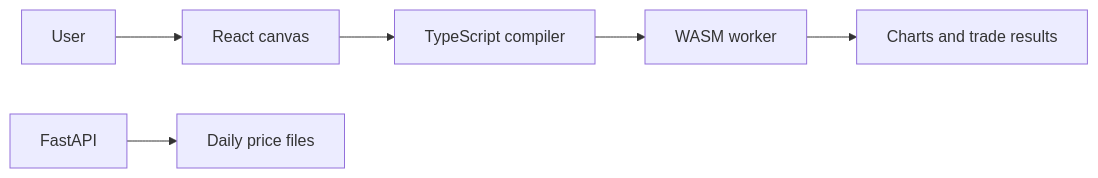
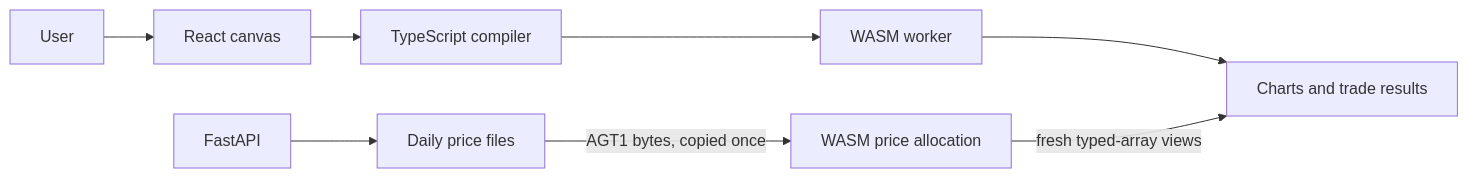
One commit to YashOnGit7/AlgoTrace changed the diagram in web/README.md. Above: the diagram before and after it, drawn with Mermaid. The commit also changed other lines of this file and 14 other files, not shown here.

````diff
--- a/web/README.md
+++ b/web/README.md
@@ -6,8 +6,10 @@
 ```mermaid
 flowchart LR
   User[User] --> Canvas[React canvas]
   Canvas --> Compiler[TypeScript compiler]
   Compiler --> Worker[WASM worker]
   Worker --> Results[Charts and trade results]
   API[FastAPI] --> Data[Daily price files]
+  Data -->|AGT1 bytes, copied once| Wasm[WASM price allocation]
+  Wasm -->|fresh typed-array views| Results
 ```
````
